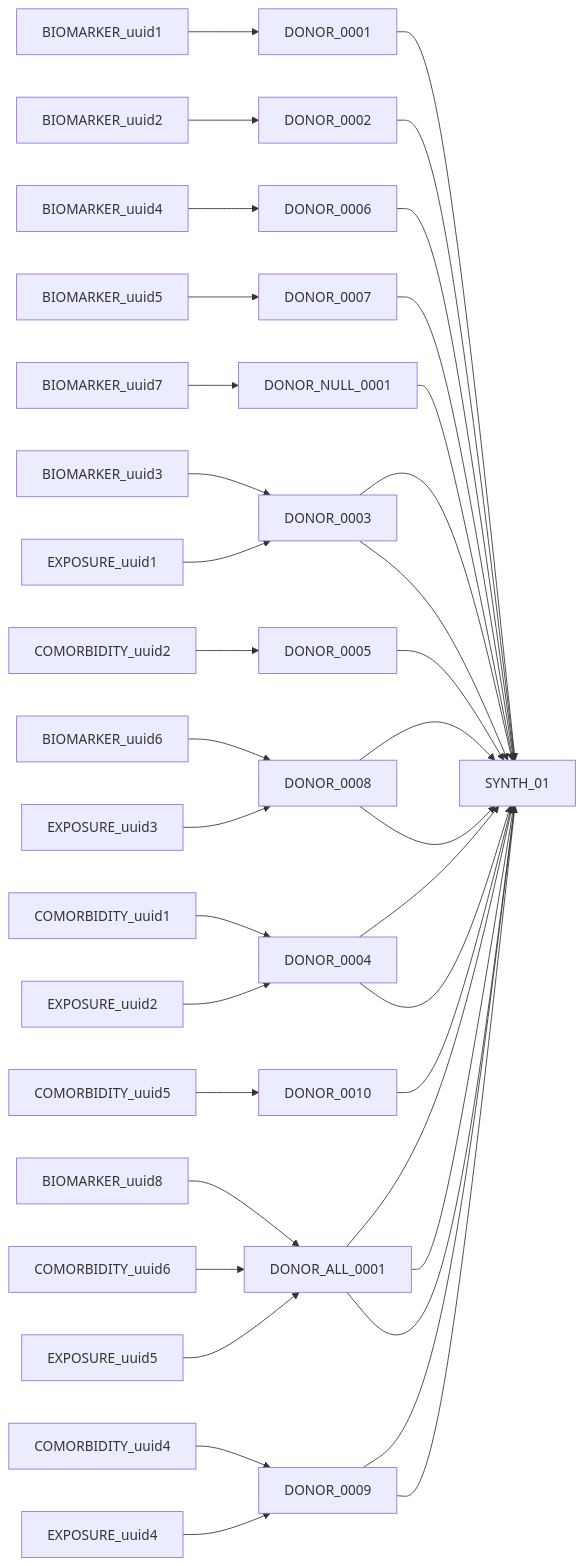
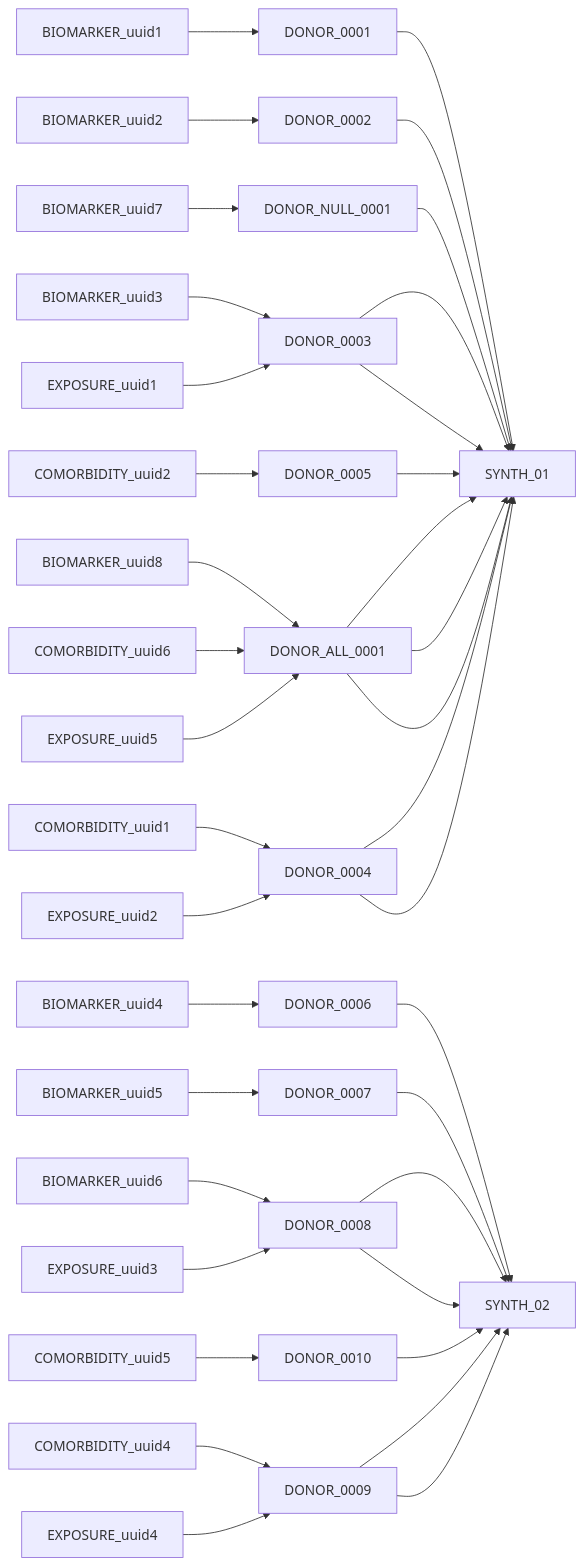
The ninth of 9 diagrams in chord_metadata_service/mohpackets/data/extra_small_dataset/README.md (CanDIG/katsu), drawn with Mermaid before and after one commit. The commit also changed other lines of this file, not shown here.

````diff
--- a/chord_metadata_service/mohpackets/data/extra_small_dataset/README.md
+++ b/chord_metadata_service/mohpackets/data/extra_small_dataset/README.md
@@ -158,23 +155,23 @@
 ```mermaid
 graph LR;  
   BIOMARKER_uuid1 --> DONOR_0001 --> SYNTH_01;
   BIOMARKER_uuid2 --> DONOR_0002 --> SYNTH_01;
   BIOMARKER_uuid3 --> DONOR_0003 --> SYNTH_01;
-  BIOMARKER_uuid4 --> DONOR_0006 --> SYNTH_01;
-  BIOMARKER_uuid5 --> DONOR_0007 --> SYNTH_01;
-  BIOMARKER_uuid6 --> DONOR_0008 --> SYNTH_01;
+  BIOMARKER_uuid4 --> DONOR_0006 --> SYNTH_02;
+  BIOMARKER_uuid5 --> DONOR_0007 --> SYNTH_02;
+  BIOMARKER_uuid6 --> DONOR_0008 --> SYNTH_02;
   BIOMARKER_uuid7 --> DONOR_NULL_0001 --> SYNTH_01;
   BIOMARKER_uuid8 --> DONOR_ALL_0001 --> SYNTH_01;
   
   COMORBIDITY_uuid1 --> DONOR_0004 --> SYNTH_01;
   COMORBIDITY_uuid2 --> DONOR_0005 --> SYNTH_01;
-  COMORBIDITY_uuid4 --> DONOR_0009 --> SYNTH_01;
-  COMORBIDITY_uuid5 --> DONOR_0010 --> SYNTH_01;
+  COMORBIDITY_uuid4 --> DONOR_0009 --> SYNTH_02;
+  COMORBIDITY_uuid5 --> DONOR_0010 --> SYNTH_02;
   COMORBIDITY_uuid6 --> DONOR_ALL_0001 --> SYNTH_01;
   
   EXPOSURE_uuid1 --> DONOR_0003 --> SYNTH_01;
   EXPOSURE_uuid2 --> DONOR_0004 --> SYNTH_01;
-  EXPOSURE_uuid3 --> DONOR_0008 --> SYNTH_01;
-  EXPOSURE_uuid4 --> DONOR_0009 --> SYNTH_01;
+  EXPOSURE_uuid3 --> DONOR_0008 --> SYNTH_02;
+  EXPOSURE_uuid4 --> DONOR_0009 --> SYNTH_02;
   EXPOSURE_uuid5 --> DONOR_ALL_0001 --> SYNTH_01;
 ```
````
